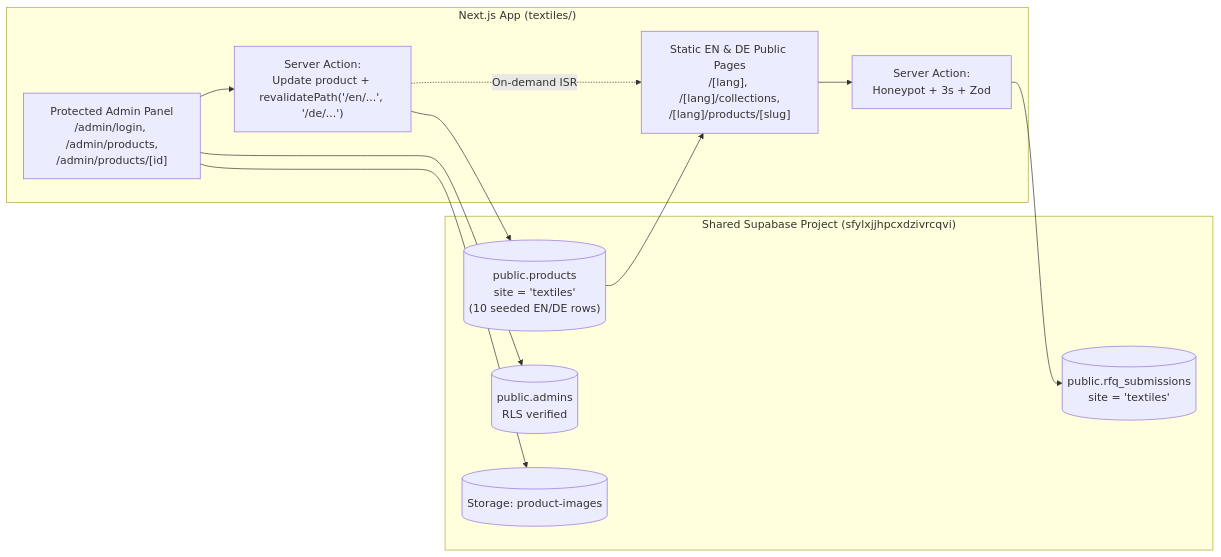
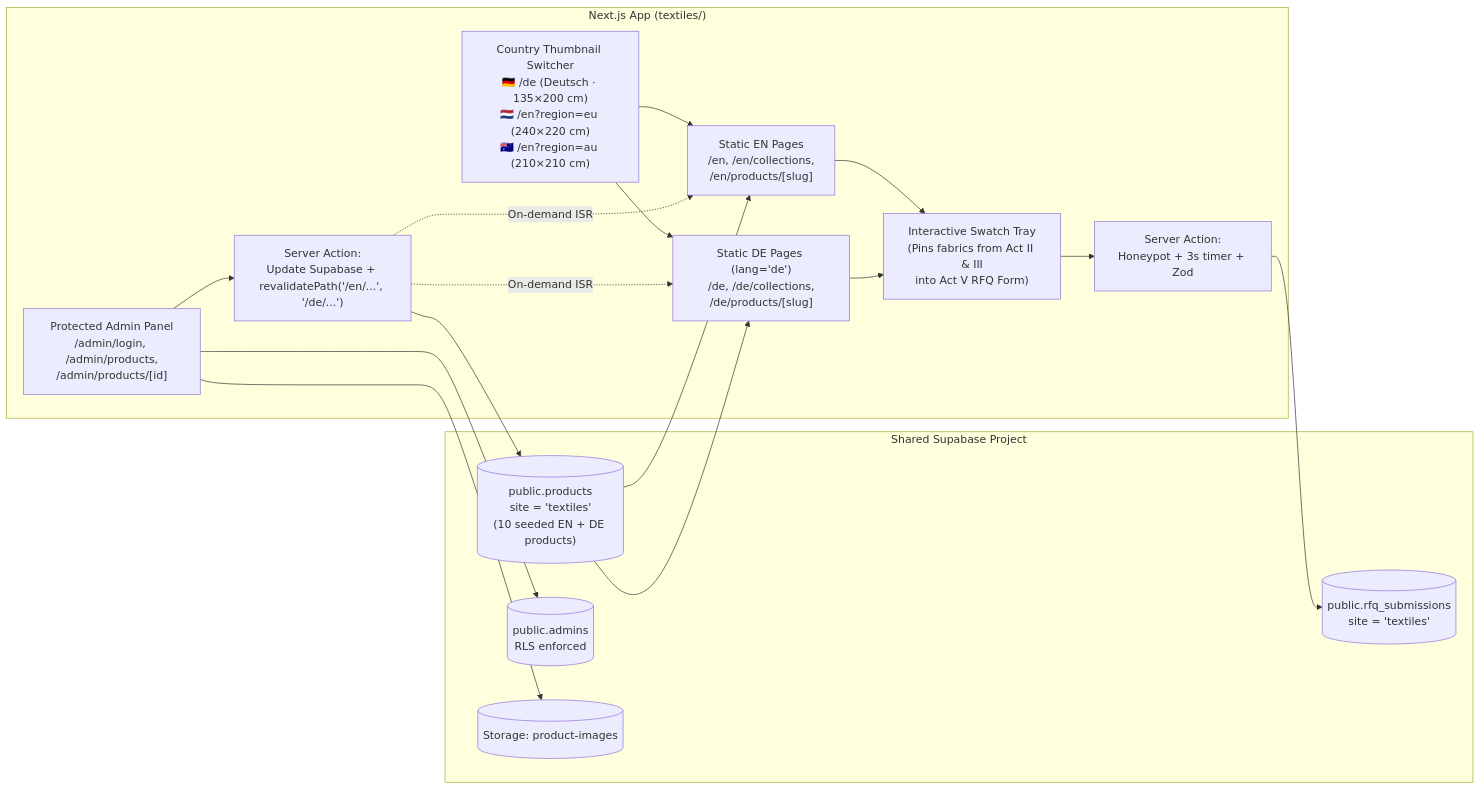
Before and after one commit to drajiv-stack/website-demos: the diagram in docs/textiles/plan.md, drawn with Mermaid. The commit also changed other lines of this file and 90 other files, not shown here.

Commit message:
feat(textiles): complete NoolWeave Exports interactive 5-act showroom demo

````diff
--- a/docs/textiles/plan.md
+++ b/docs/textiles/plan.md
@@ -111,23 +164,31 @@
 ```mermaid
 flowchart LR
-  subgraph Supabase["Shared Supabase Project (sfylxjjhpcxdzivrcqvi)"]
-    Products[("public.products\nsite = 'textiles'\n(10 seeded EN/DE rows)")]
-    Admins[("public.admins\nRLS verified")]
-    Bucket[("Storage: product-images")]
+  subgraph Supabase["Shared Supabase Project"]
+    Products[("public.products\nsite = 'textiles'\n(10 seeded EN + DE products)")]
+    Admins[("public.admins\nRLS enforced")]
+    Storage[("Storage: product-images")]
     RFQs[("public.rfq_submissions\nsite = 'textiles'")]
   end
 
   subgraph NextApp["Next.js App (textiles/)"]
-    PublicPages["Static EN & DE Public Pages\n/[lang], /[lang]/collections,\n/[lang]/products/[slug]"]
-    AdminUI["Protected Admin Panel\n/admin/login, /admin/products,\n/admin/products/[id]"]
-    RevalAction["Server Action:\nUpdate product + revalidatePath('/en/...', '/de/...')"]
-    RfqAction["Server Action:\nHoneypot + 3s + Zod"]
+    MarketBar["Country Thumbnail Switcher\n🇩🇪 /de (Deutsch · 135×200 cm)\n🇳🇱 /en?region=eu (240×220 cm)\n🇦🇺 /en?region=au (210×210 cm)"]
+    SwatchTray["Interactive Swatch Tray\n(Pins fabrics from Act II & III\ninto Act V RFQ Form)"]
+    PublicEN["Static EN Pages\n/en, /en/collections,\n/en/products/[slug]"]
+    PublicDE["Static DE Pages (lang='de')\n/de, /de/collections,\n/de/products/[slug]"]
+    AdminPanel["Protected Admin Panel\n/admin/login, /admin/products,\n/admin/products/[id]"]
+    SaveAction["Server Action:\nUpdate Supabase + revalidatePath('/en/...', '/de/...')"]
+    RfqAction["Server Action:\nHoneypot + 3s timer + Zod"]
   end
 
-  Products --> PublicPages
-  AdminUI --> Admins
-  AdminUI --> Bucket
-  AdminUI --> RevalAction --> Products
-  RevalAction -.->|On-demand ISR| PublicPages
-  PublicPages --> RfqAction --> RFQs
+  MarketBar --> PublicEN
+  MarketBar --> PublicDE
+  Products --> PublicEN
+  Products --> PublicDE
+  PublicEN --> SwatchTray --> RfqAction --> RFQs
+  PublicDE --> SwatchTray
+  AdminPanel --> Admins
+  AdminPanel --> Storage
+  AdminPanel --> SaveAction --> Products
+  SaveAction -.->|On-demand ISR| PublicEN
+  SaveAction -.->|On-demand ISR| PublicDE
 ```
````
